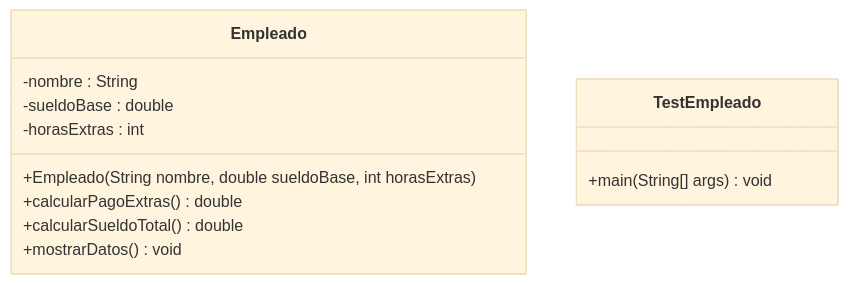
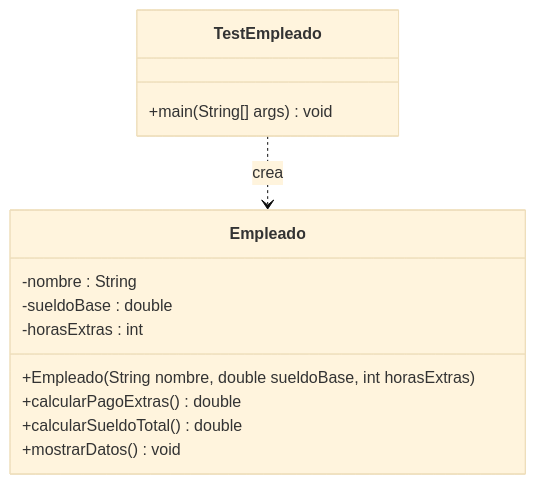
The diagram in ejemplos/empleado/UML.md (valensda167/java-uml-assistant), drawn with Mermaid (base theme) before and after one commit. The commit also changed 8 other files, not shown here.

Commit message:
Add desktop app and validate generated Java and Mermaid

````diff
--- a/ejemplos/empleado/UML.md
+++ b/ejemplos/empleado/UML.md
@@ -1,15 +1,16 @@
 ```mermaid
 classDiagram
     class Empleado {
         -nombre : String
         -sueldoBase : double
         -horasExtras : int
         +Empleado(String nombre, double sueldoBase, int horasExtras)
         +calcularPagoExtras() double
         +calcularSueldoTotal() double
         +mostrarDatos() void
     }
     class TestEmpleado {
         +main(String[] args) void
     }
+    TestEmpleado ..> Empleado : crea
 ```
````
